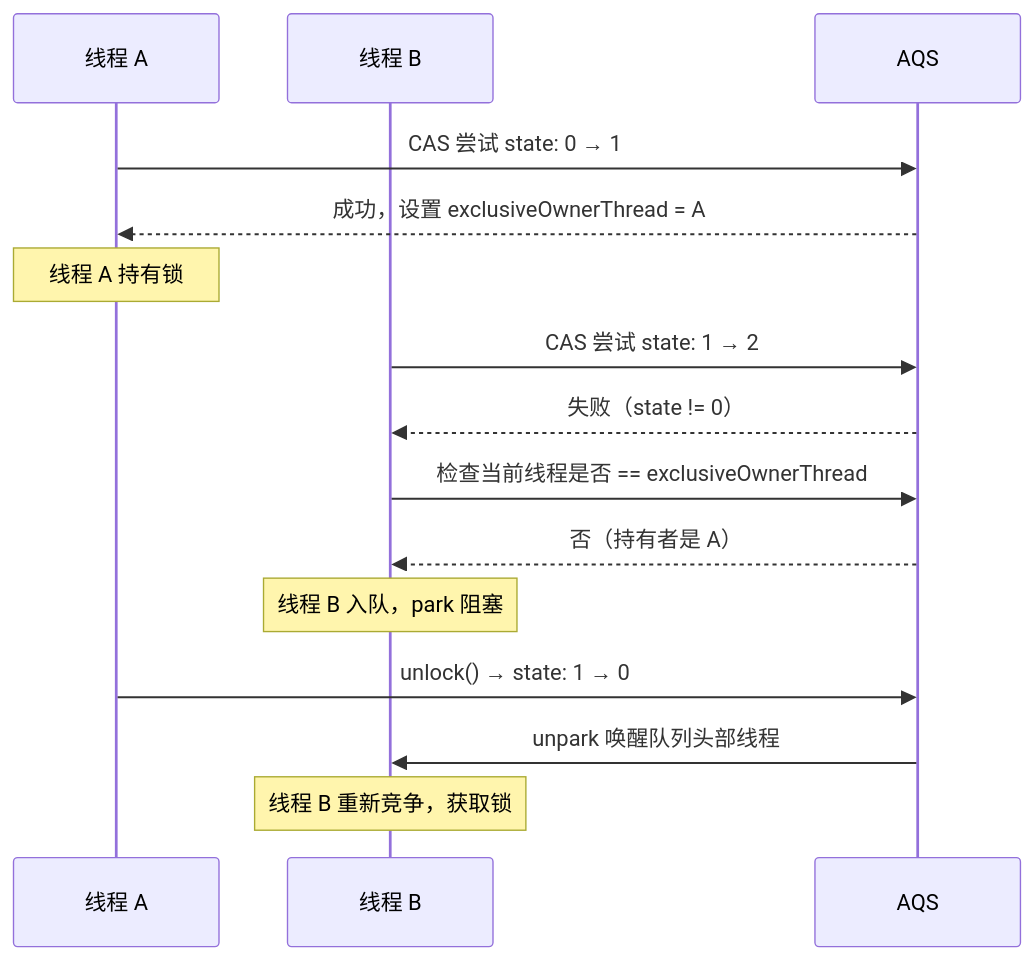
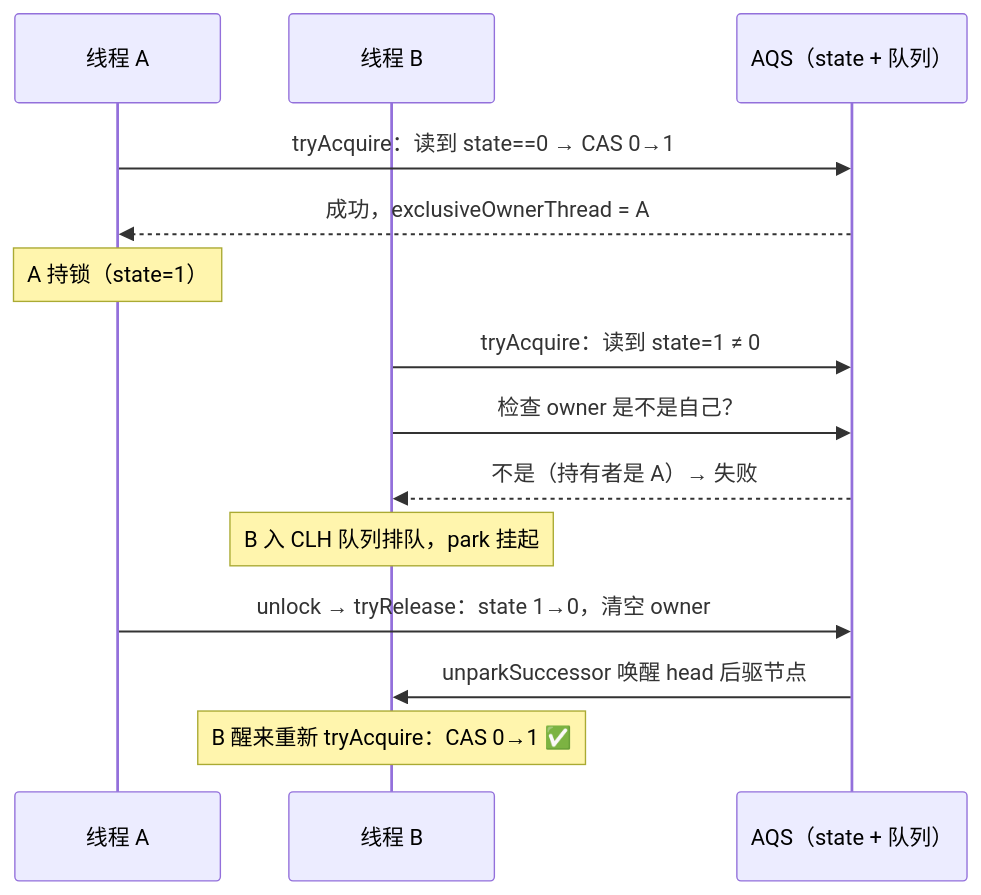
The sixth of 12 diagrams in Java基础/Java-Lock-Mechanism-Notes.md (AHUCodingBeast/blogs), drawn with Mermaid before and after one commit. The commit also changed other lines of this file and 7 other files, not shown here.

````diff
--- a/Java基础/Java-Lock-Mechanism-Notes.md
+++ b/Java基础/Java-Lock-Mechanism-Notes.md
@@ -204,20 +239,19 @@
 ```mermaid
 sequenceDiagram
     participant T1 as 线程 A
     participant T2 as 线程 B
-    participant AQS as AQS
+    participant AQS as AQS（state + 队列）
 
-    T1->>AQS: CAS 尝试 state: 0 → 1
-    AQS-->>T1: 成功，设置 exclusiveOwnerThread = A
-    Note over T1: 线程 A 持有锁
+    T1->>AQS: tryAcquire：读到 state==0 → CAS 0→1
+    AQS-->>T1: 成功，exclusiveOwnerThread = A
+    Note over T1: A 持锁（state=1）
 
-    T2->>AQS: CAS 尝试 state: 1 → 2
-    AQS-->>T2: 失败（state != 0）
-    T2->>AQS: 检查当前线程是否 == exclusiveOwnerThread
-    AQS-->>T2: 否（持有者是 A）
-    Note over T2: 线程 B 入队，park 阻塞
+    T2->>AQS: tryAcquire：读到 state=1 ≠ 0
+    T2->>AQS: 检查 owner 是不是自己？
+    AQS-->>T2: 不是（持有者是 A）→ 失败
+    Note over T2: B 入 CLH 队列排队，park 挂起
 
-    T1->>AQS: unlock() → state: 1 → 0
-    AQS->>T2: unpark 唤醒队列头部线程
-    Note over T2: 线程 B 重新竞争，获取锁
+    T1->>AQS: unlock → tryRelease：state 1→0，清空 owner
+    AQS->>T2: unparkSuccessor 唤醒 head 后驱节点
+    Note over T2: B 醒来重新 tryAcquire：CAS 0→1 ✅
 ```
````
